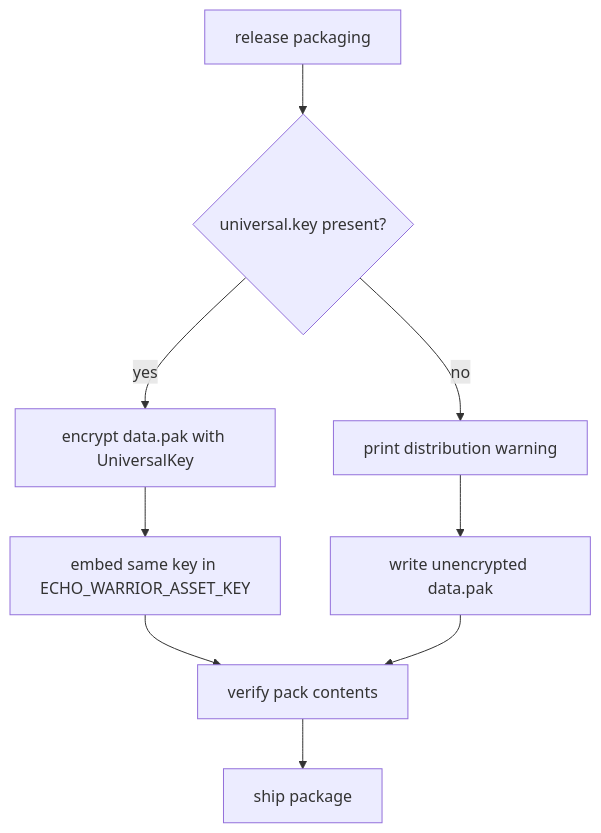
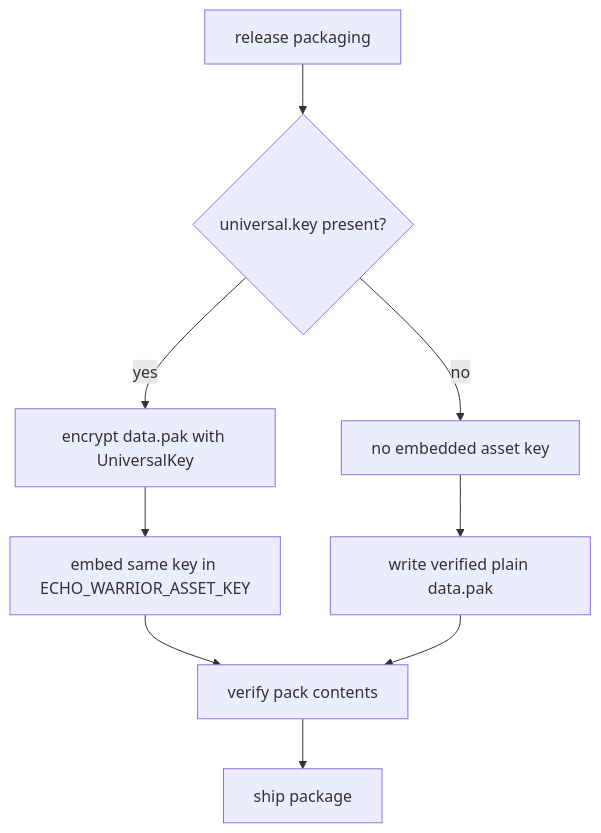
Before and after one commit to soulwax/EchoWiki: the ninth of 13 diagrams in src/content/docs/pages/architecture/pack-integrity-deep-dive.md, drawn with Mermaid. The commit also changed other lines of this file and 7 other files, not shown here.

Commit message:
docs: polish mermaid diagram rendering

````diff
--- a/src/content/docs/pages/architecture/pack-integrity-deep-dive.md
+++ b/src/content/docs/pages/architecture/pack-integrity-deep-dive.md
@@ -201,16 +206,16 @@
 ```mermaid
 flowchart TD
     release[release packaging]
     key{universal.key present?}
     encrypt[encrypt data.pak with UniversalKey]
     embed[embed same key in ECHO_WARRIOR_ASSET_KEY]
-    plain[write unencrypted data.pak]
-    warning[print distribution warning]
+    plain[write verified plain data.pak]
+    note[no embedded asset key]
     verify[verify pack contents]
     ship[ship package]
 
     release --> key
     key -- yes --> encrypt --> embed --> verify
-    key -- no --> warning --> plain --> verify
+    key -- no --> note --> plain --> verify
     verify --> ship
 ```
````
